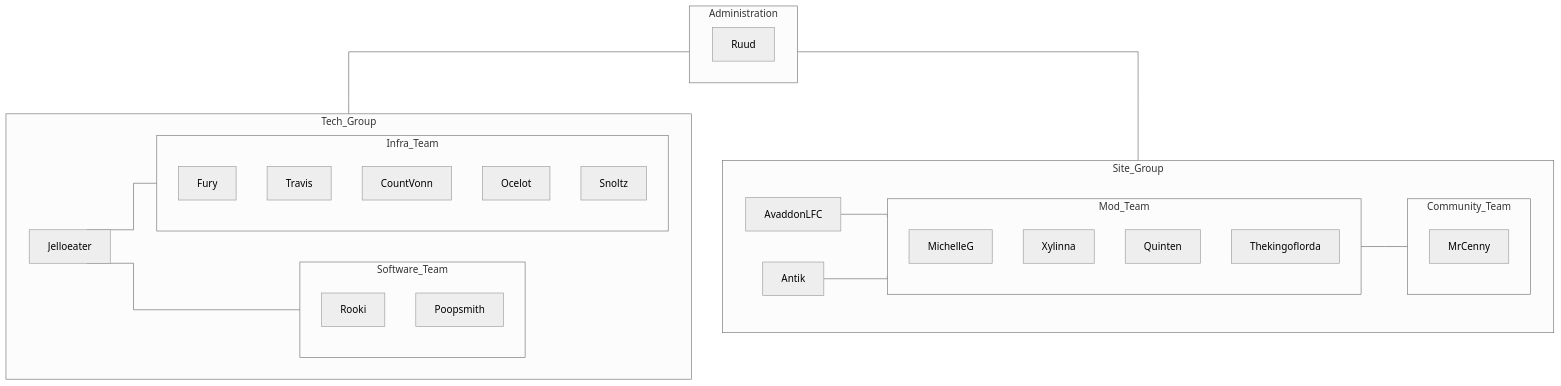
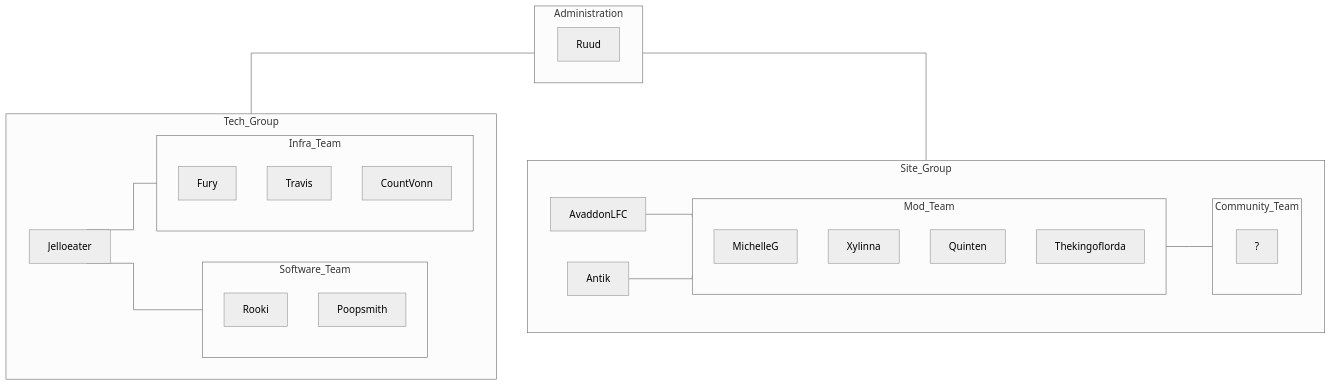
Before and after one commit to thekingoflorda/team-page: the diagram in content/homepage/org_chart.md, drawn with Mermaid. The commit also changed 1 other file, not shown here.

Commit message:
Updated org chart

```diff
--- a/content/homepage/org_chart.md
+++ b/content/homepage/org_chart.md
@@ -6,42 +6,40 @@
 {{< mermaid >}}
 
 %%{ init : {'theme': 'neutral', "flowchart" : { "curve" : "stepAfter" }}}%%
 
 flowchart TD
 subgraph Administration
 Ruud
 end
 
 Administration ---
 Tech_Group & Site_Group
 
 subgraph Site_Group
 
 AvaddonLFC & Antik --- Mod_Team
 
 subgraph Mod_Team
 MichelleG & Xylinna & Quinten & Thekingoflorda
 end
 
 Mod_Team --- Community_Team
 subgraph Community_Team
-MrCenny
+?
 end
 end
 
 subgraph Tech_Group
 Jelloeater --- Software_Team & Infra_Team
 subgraph Software_Team
 Rooki
 Poopsmith
 end
 subgraph Infra_Team
 Fury
 Travis
 CountVonn
-Ocelot
-Snoltz
 end
 end
 
 {{< /mermaid >}}
```
